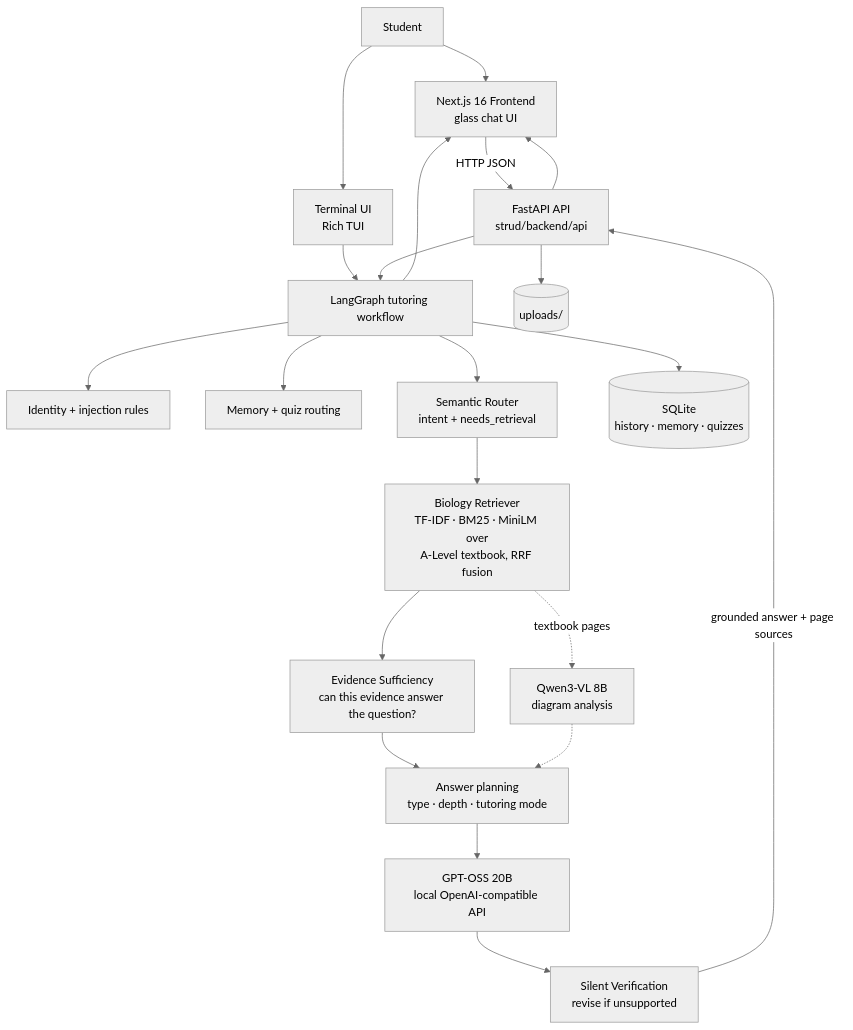
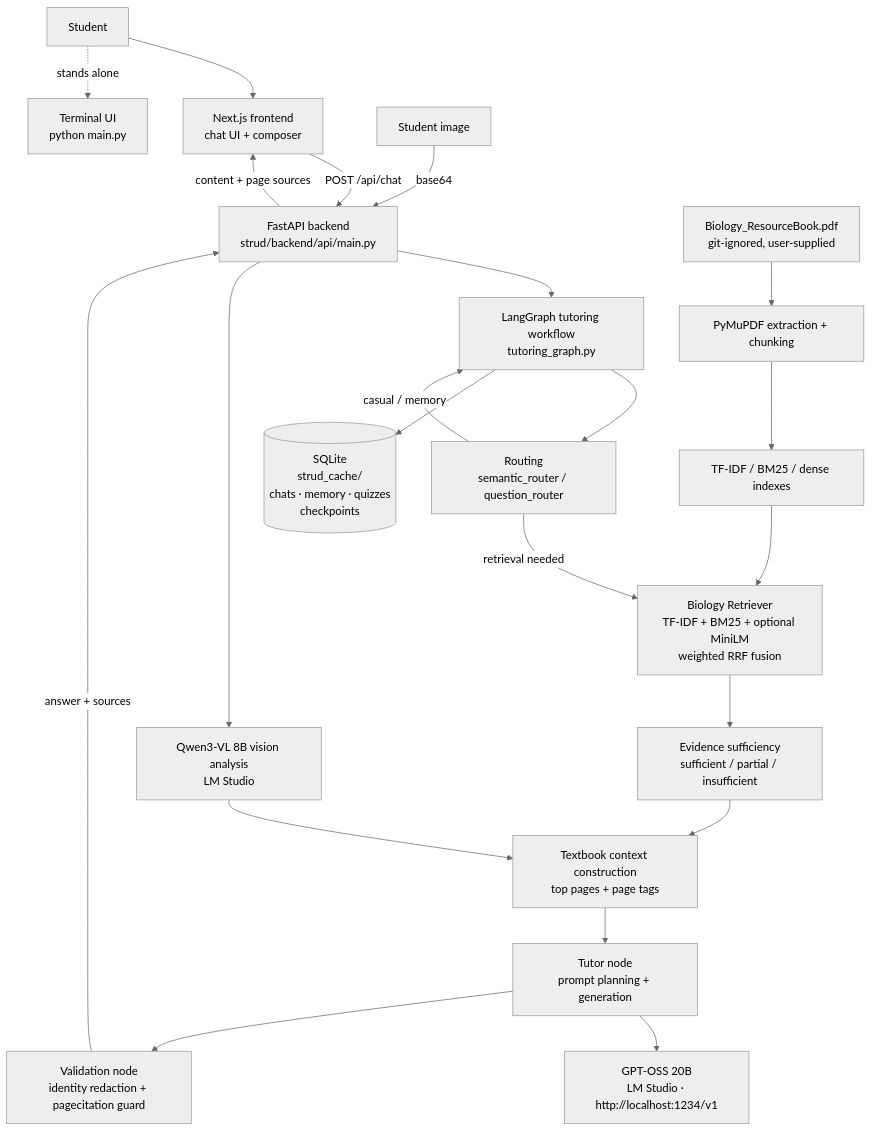
The diagram in README.md (PyDeV1OpEr/Strud_AI), drawn with Mermaid (neutral theme) before and after one commit. The commit also changed other lines of this file and 8 other files, not shown here.

````diff
--- a/README.md
+++ b/README.md
@@ -35,24 +89,29 @@
 ```mermaid
 flowchart TD
-    U[Student] --> F[Next.js 16 Frontend<br/>glass chat UI]
-    U --> TUI[Terminal UI<br/>Rich TUI]
-    F -->|HTTP JSON| API[FastAPI API<br/>strud/backend/api]
-    TUI --> GRAPH[LangGraph tutoring workflow]
-    API --> GRAPH
+    U[Student] --> F[Next.js frontend<br/>chat UI + composer]
+    U -.->|stands alone| TUI[Terminal UI<br/>python main.py]
 
-    GRAPH --> IG[Identity + injection rules]
-    GRAPH --> ID[Memory + quiz routing]
-    GRAPH --> SR[Semantic Router<br/>intent + needs_retrieval]
-    SR --> RET[Biology Retriever<br/>TF-IDF · BM25 · MiniLM over<br/>A-Level textbook, RRF fusion]
-    RET --> ES[Evidence Sufficiency<br/>can this evidence answer the question?]
-    ES --> PL[Answer planning<br/>type · depth · tutoring mode]
-    PL --> LLM[GPT-OSS 20B<br/>local OpenAI-compatible API]
-    RET -.->|textbook pages| V[Qwen3-VL 8B<br/>diagram analysis]
-    V -.-> PL
-    LLM --> VER[Silent Verification<br/>revise if unsupported]
-    VER -->|grounded answer + page sources| API
-    GRAPH --> DB[(SQLite<br/>history · memory · quizzes)]
-    API --> STORE[(uploads/)]
-    GRAPH --> F
-    API --> F
+    F -->|POST /api/chat| API[FastAPI backend<br/>strud/backend/api/main.py]
+
+    API --> G[LangGraph tutoring workflow<br/>tutoring_graph.py]
+    G --> R1[Routing<br/>semantic_router / question_router]
+    R1 -->|retrieval needed| RET[Biology Retriever<br/>TF-IDF + BM25 + optional MiniLM<br/>weighted RRF fusion]
+    R1 -->|casual / memory| G
+
+    RET --> ES[Evidence sufficiency<br/>sufficient / partial / insufficient]
+    ES --> CTX[Textbook context construction<br/>top pages + page tags]
+    CTX --> TUTOR[Tutor node<br/>prompt planning + generation]
+
+    TUTOR --> LLM[GPT-OSS 20B<br/>LM Studio · http://localhost:1234/v1]
+
+    A[Student image] -->|base64| API
+    API --> VIS[Qwen3-VL 8B vision analysis<br/>LM Studio]
+    VIS --> CTX
+
+    TUTOR --> VAL[Validation node<br/>identity redaction + pagecitation guard]
+    VAL -->|answer + sources| API
+    API -->|content + page sources| F
+
+    G --> DB[(SQLite<br/>strud_cache/<br/>chats · memory · quizzes<br/>checkpoints)]
+    PDF[Biology_ResourceBook.pdf<br/>git-ignored, user-supplied] --> CHUNK[PyMuPDF extraction + chunking] --> IDX[TF-IDF / BM25 / dense indexes] --> RET
 ```
````
